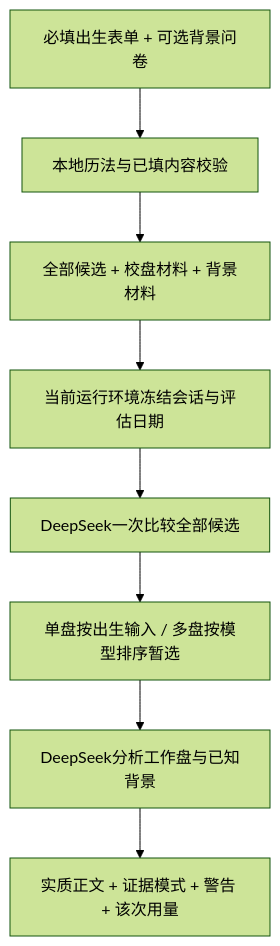
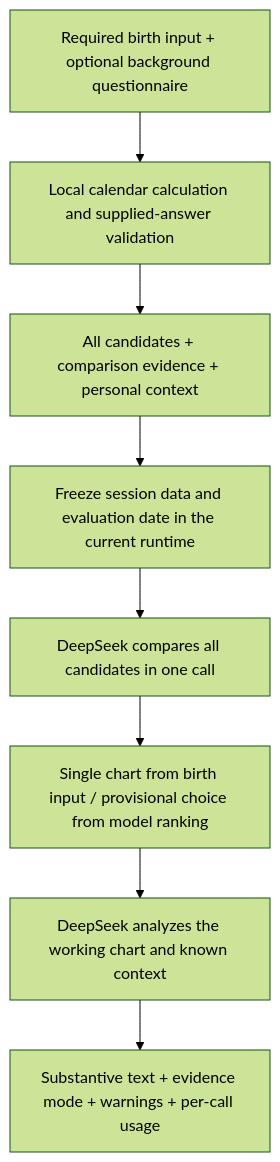
Before and after one commit to 130U/Divination-and-Destiny-Studies: the diagram in docs/ARCHITECTURE.md, drawn with Mermaid (forest theme). The commit also changed other lines of this file and 10 other files, not shown here.

````diff
--- a/docs/ARCHITECTURE.md
+++ b/docs/ARCHITECTURE.md
@@ -9,10 +9,10 @@
 ```mermaid
 flowchart TD
-    A[必填出生表单 + 可选背景问卷] --> B[本地历法与已填内容校验]
-    B --> C[全部候选 + 校盘材料 + 背景材料]
-    C --> D[当前运行环境冻结会话与评估日期]
-    D --> E[DeepSeek一次比较全部候选]
-    E --> F[单盘按出生输入 / 多盘按模型排序暂选]
-    F --> G[DeepSeek分析工作盘与已知背景]
-    G --> I[实质正文 + 证据模式 + 警告 + 该次用量]
+    A["Required birth input + optional background questionnaire"] --> B["Local calendar calculation and supplied-answer validation"]
+    B --> C["All candidates + comparison evidence + personal context"]
+    C --> D["Freeze session data and evaluation date in the current runtime"]
+    D --> E["DeepSeek compares all candidates in one call"]
+    E --> F["Single chart from birth input / provisional choice from model ranking"]
+    F --> G["DeepSeek analyzes the working chart and known context"]
+    G --> I["Substantive text + evidence mode + warnings + per-call usage"]
 ```
````
